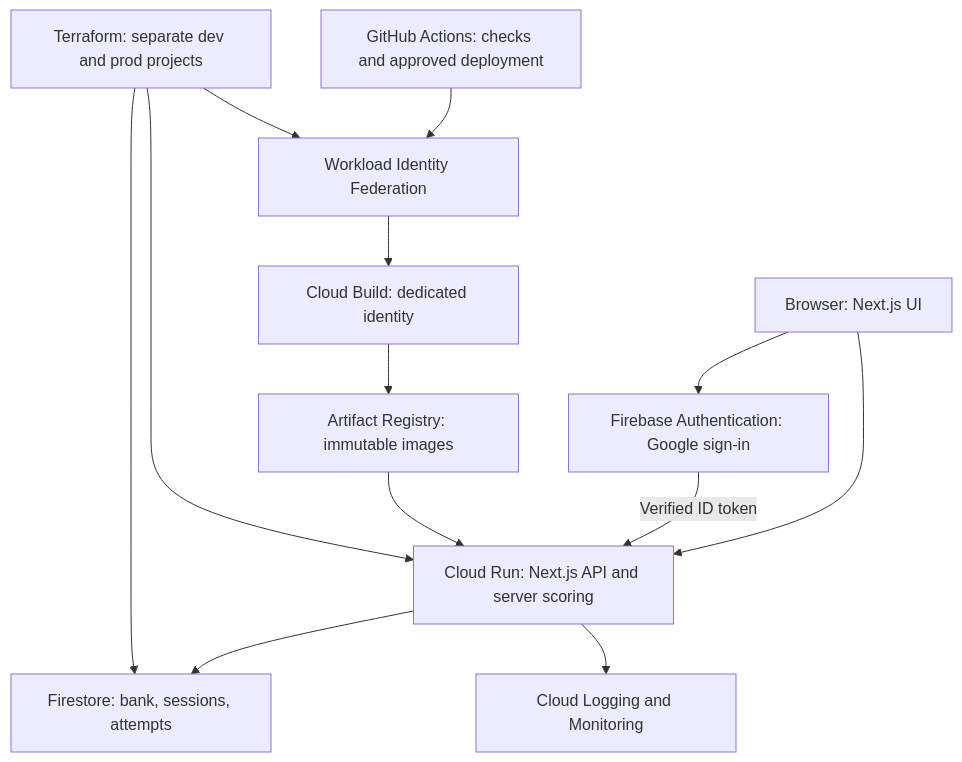
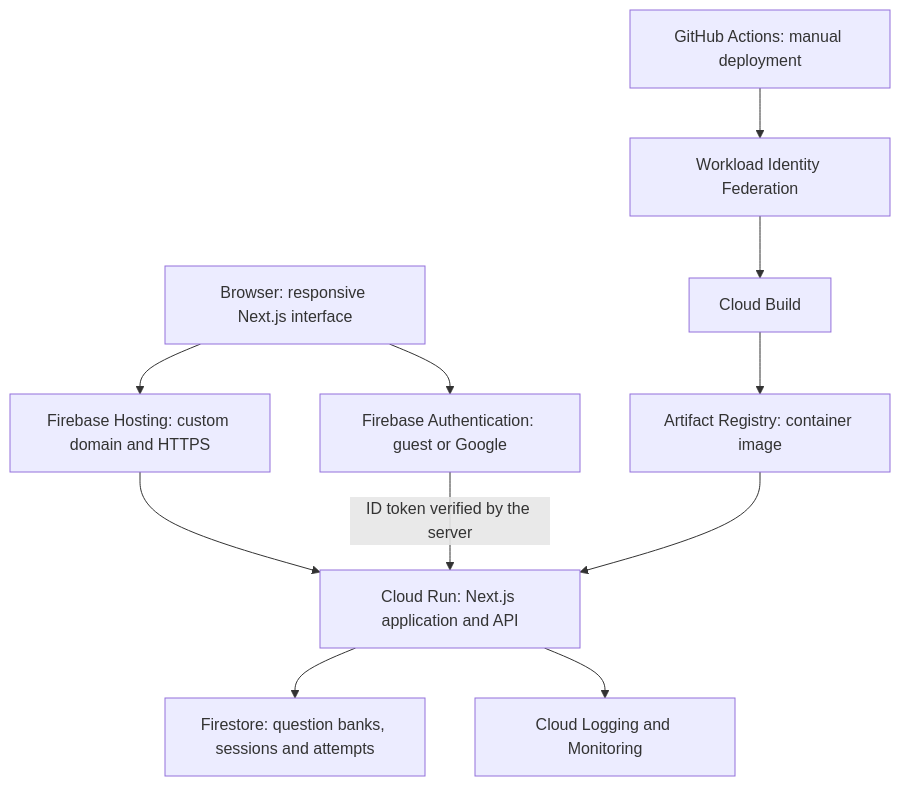
The diagram in README.md (khalidHashim1/gcp-ace-practice-lab), drawn with Mermaid before and after one commit. The commit also changed other lines of this file, not shown here.

Commit message:
docs: update README for live catalog and reliable exam sessions

````diff
--- a/README.md
+++ b/README.md
@@ -19,15 +37,13 @@
 ```mermaid
 flowchart TD
-  User["Browser: Next.js UI"] --> Auth["Firebase Authentication: Google sign-in"]
-  User --> Run["Cloud Run: Next.js API and server scoring"]
-  Auth -->|"Verified ID token"| Run
-  Run --> DB["Firestore: bank, sessions, attempts"]
-  Run --> Observe["Cloud Logging and Monitoring"]
-  Git["GitHub Actions: checks and approved deployment"] --> WIF["Workload Identity Federation"]
-  WIF --> Build["Cloud Build: dedicated identity"]
-  Build --> Images["Artifact Registry: immutable images"]
-  Images --> Run
-  TF["Terraform: separate dev and prod projects"] --> Run
-  TF --> DB
-  TF --> WIF
+  Browser["Browser: responsive Next.js interface"] --> Hosting["Firebase Hosting: custom domain and HTTPS"]
+  Hosting --> Run["Cloud Run: Next.js application and API"]
+  Browser --> Auth["Firebase Authentication: guest or Google"]
+  Auth -->|"ID token verified by the server"| Run
+  Run --> DB["Firestore: question banks, sessions and attempts"]
+  Run --> Logs["Cloud Logging and Monitoring"]
+  GitHub["GitHub Actions: manual deployment"] --> WIF["Workload Identity Federation"]
+  WIF --> Build["Cloud Build"]
+  Build --> Registry["Artifact Registry: container image"]
+  Registry --> Run
 ```
````
